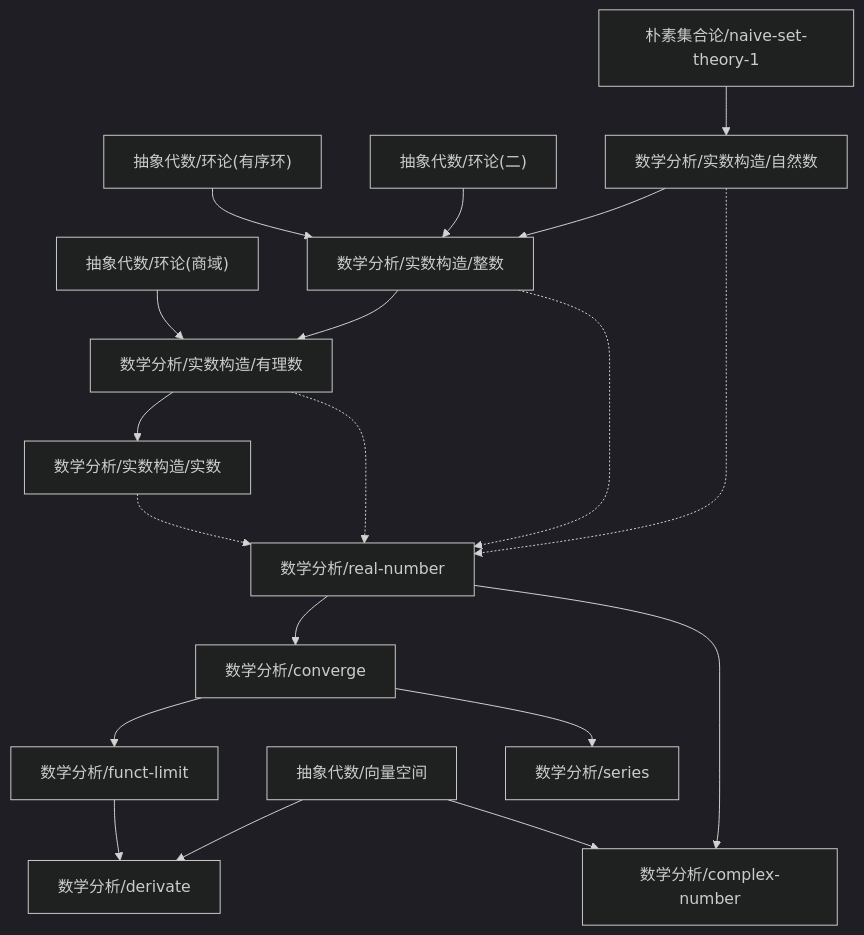
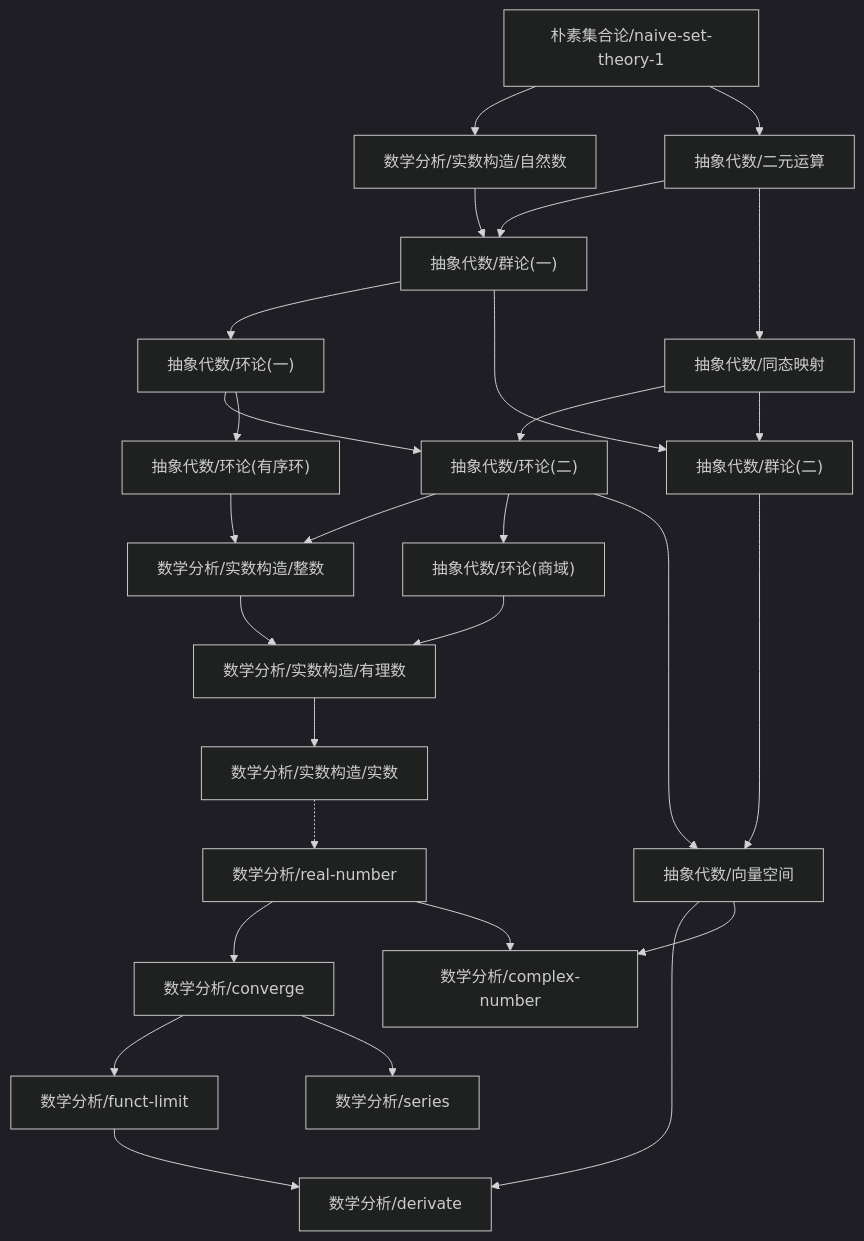
One commit to zeroDtree/zeroDtree.github.io changed the diagram in content/数学分析/dependency_graph.md. Above: the diagram before and after it, drawn with Mermaid (dark theme). The commit also changed 86 other files, not shown here.

````diff
--- a/content/数学分析/dependency_graph.md
+++ b/content/数学分析/dependency_graph.md
@@ -1,21 +1,30 @@
 ```mermaid
 graph TD
 1["抽象代数/向量空间"] --> 0["数学分析/derivate"]
 2["数学分析/funct-limit"] --> 0["数学分析/derivate"]
 4["数学分析/real-number"] --> 3["数学分析/converge"]
 3["数学分析/converge"] --> 2["数学分析/funct-limit"]
 4["数学分析/real-number"] --> 6["数学分析/complex-number"]
 1["抽象代数/向量空间"] --> 6["数学分析/complex-number"]
 3["数学分析/converge"] --> 7["数学分析/series"]
-8["数学分析/实数构造/自然数"] -.-> 4["数学分析/real-number"]
-9["数学分析/实数构造/整数"] -.-> 4["数学分析/real-number"]
-10["数学分析/实数构造/有理数"] -.-> 4["数学分析/real-number"]
-11["数学分析/实数构造/实数"] -.-> 4["数学分析/real-number"]
-10["数学分析/实数构造/有理数"] --> 11["数学分析/实数构造/实数"]
-9["数学分析/实数构造/整数"] --> 10["数学分析/实数构造/有理数"]
-12["抽象代数/环论(商域)"] --> 10["数学分析/实数构造/有理数"]
-13["朴素集合论/naive-set-theory-1"] --> 8["数学分析/实数构造/自然数"]
-8["数学分析/实数构造/自然数"] --> 9["数学分析/实数构造/整数"]
-14["抽象代数/环论(二)"] --> 9["数学分析/实数构造/整数"]
-15["抽象代数/环论(有序环)"] --> 9["数学分析/实数构造/整数"]
+8["数学分析/实数构造/实数"] -.-> 4["数学分析/real-number"]
+9["数学分析/实数构造/有理数"] --> 8["数学分析/实数构造/实数"]
+10["数学分析/实数构造/整数"] --> 9["数学分析/实数构造/有理数"]
+11["抽象代数/环论(商域)"] --> 9["数学分析/实数构造/有理数"]
+13["朴素集合论/naive-set-theory-1"] --> 12["数学分析/实数构造/自然数"]
+14["抽象代数/环论(二)"] --> 10["数学分析/实数构造/整数"]
+15["抽象代数/环论(有序环)"] --> 10["数学分析/实数构造/整数"]
+16["抽象代数/环论(一)"] --> 14["抽象代数/环论(二)"]
+17["抽象代数/同态映射"] --> 14["抽象代数/环论(二)"]
+16["抽象代数/环论(一)"] --> 15["抽象代数/环论(有序环)"]
+18["抽象代数/群论(一)"] --> 16["抽象代数/环论(一)"]
+12["数学分析/实数构造/自然数"] --> 18["抽象代数/群论(一)"]
+19["抽象代数/二元运算"] --> 18["抽象代数/群论(一)"]
+13["朴素集合论/naive-set-theory-1"] --> 19["抽象代数/二元运算"]
+19["抽象代数/二元运算"] --> 17["抽象代数/同态映射"]
+14["抽象代数/环论(二)"] --> 11["抽象代数/环论(商域)"]
+20["抽象代数/群论(二)"] --> 1["抽象代数/向量空间"]
+14["抽象代数/环论(二)"] --> 1["抽象代数/向量空间"]
+18["抽象代数/群论(一)"] --> 20["抽象代数/群论(二)"]
+17["抽象代数/同态映射"] --> 20["抽象代数/群论(二)"]
 ```
````
